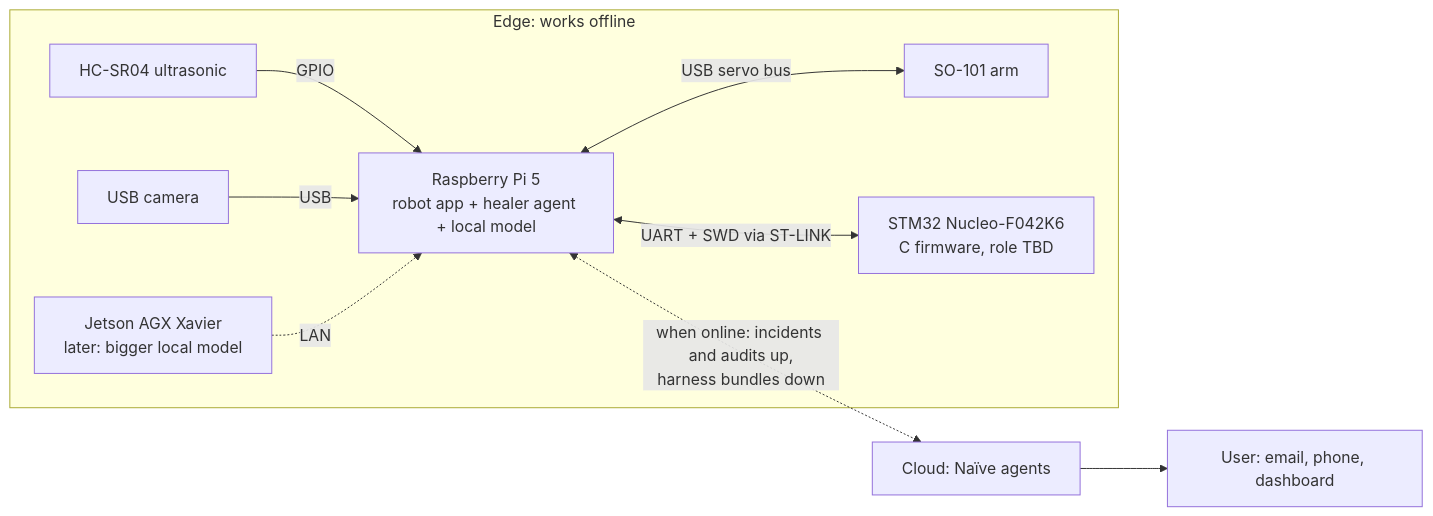
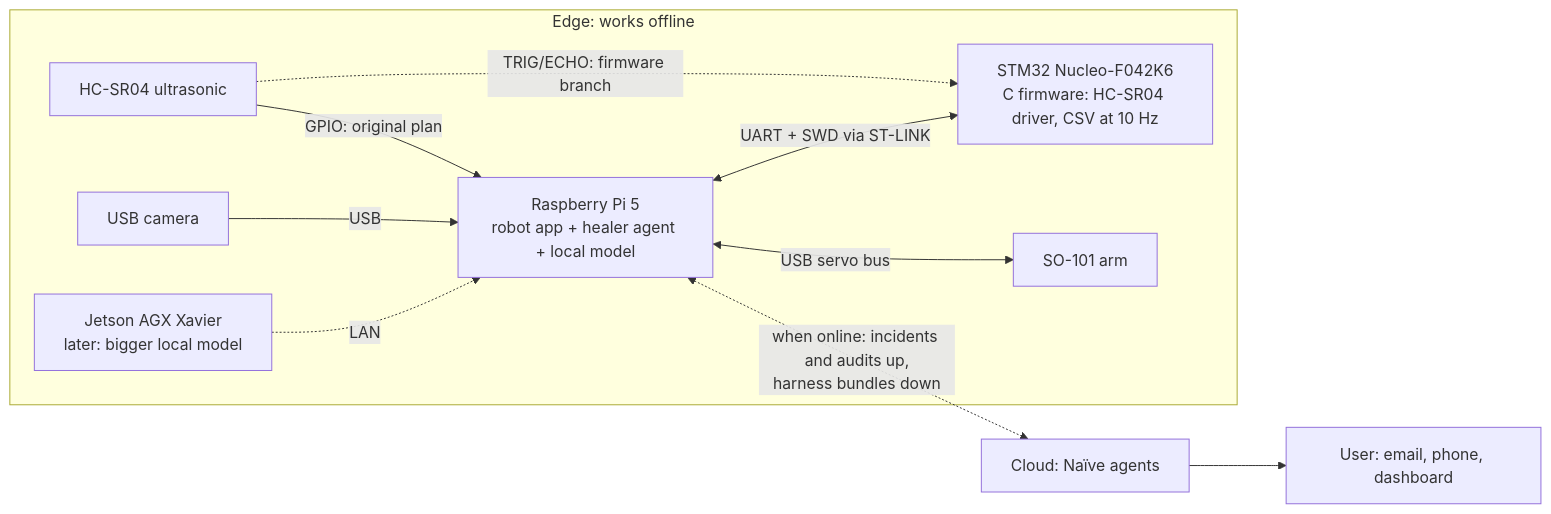
One commit to jamesEmerson112/Naive-Nous-YC-Hackathon changed the diagram in docs/project-overview.md. Above: the diagram before and after it, drawn with Mermaid. The commit also changed other lines of this file and 2 other files, not shown here.

Commit message:
Sync notes with Olir's firmware branch (toolkit, HC-SR04 on STM32)

````diff
--- a/docs/project-overview.md
+++ b/docs/project-overview.md
@@ -52,13 +52,14 @@
 ```mermaid
 flowchart LR
   subgraph EDGE["Edge: works offline"]
-    US[HC-SR04 ultrasonic] -->|GPIO| PI
+    US[HC-SR04 ultrasonic] -->|GPIO: original plan| PI
+    US -.->|TRIG/ECHO: firmware branch| MCU
     CAM[USB camera] -->|USB| PI
     PI[Raspberry Pi 5<br/>robot app + healer agent + local model]
     PI <-->|USB servo bus| ARM[SO-101 arm]
-    PI <-->|UART + SWD via ST-LINK| MCU[STM32 Nucleo-F042K6<br/>C firmware, role TBD]
+    PI <-->|UART + SWD via ST-LINK| MCU[STM32 Nucleo-F042K6<br/>C firmware: HC-SR04 driver, CSV at 10 Hz]
     XAV[Jetson AGX Xavier<br/>later: bigger local model] -.->|LAN| PI
   end
   PI <-.->|when online: incidents and audits up,<br/>harness bundles down| CLOUD[Cloud: Naïve agents]
   CLOUD --> USER[User: email, phone, dashboard]
 ```
````
